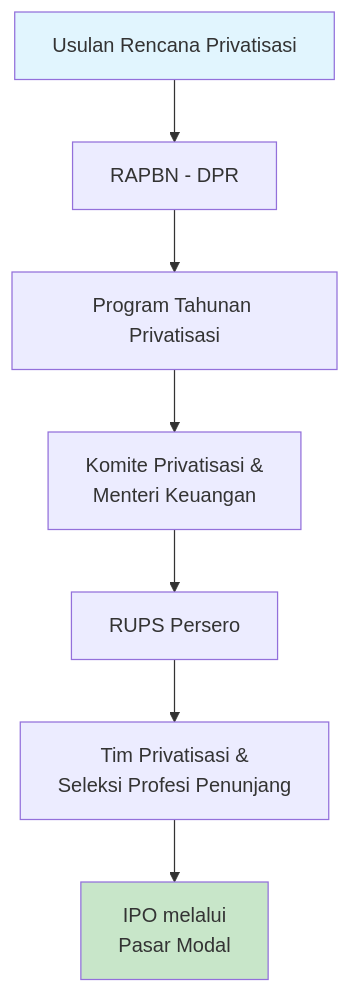
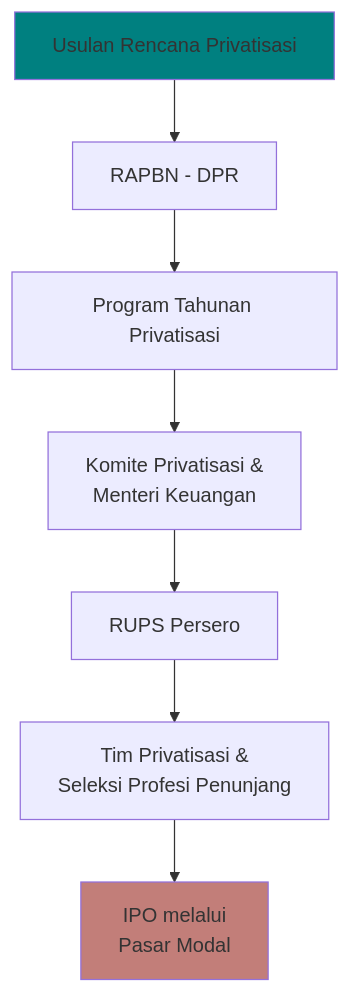
The fourth of 12 diagrams in content/Lectures/uas-pasmod.md (hifdzimaulana/beate-vivere), drawn with Mermaid before and after one commit. The commit also changed other lines of this file, not shown here.

````diff
--- a/content/Lectures/uas-pasmod.md
+++ b/content/Lectures/uas-pasmod.md
@@ -302,12 +302,12 @@
 ```mermaid
 graph TD
     A[Usulan Rencana Privatisasi] --> B[RAPBN - DPR]
     B --> C[Program Tahunan Privatisasi]
     C --> D[Komite Privatisasi &<br/>Menteri Keuangan]
     D --> E[RUPS Persero]
     E --> F[Tim Privatisasi &<br/>Seleksi Profesi Penunjang]
     F --> G[IPO melalui<br/>Pasar Modal]
     
-    style A fill:#e1f5fe
-    style G fill:#c8e6c9
+    style A fill:#008080
+    style G fill:#C27e79
 ```
````
